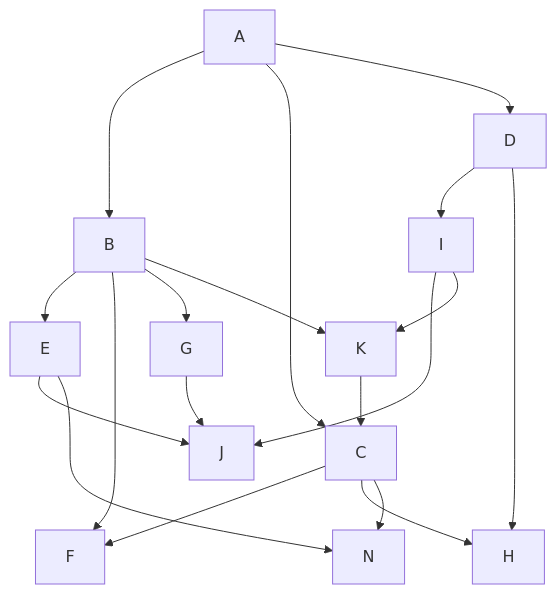
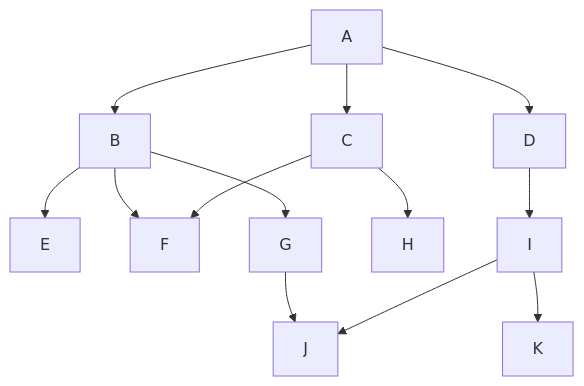
One commit to EB-wilson/EnComping changed the first of 2 diagrams in docs/zh_CN/2.类型系统/2.4.可重复组件.md. Above: the diagram before and after it, drawn with Mermaid. The commit also changed other lines of this file and 9 other files, not shown here.

````diff
--- a/docs/zh_CN/2.类型系统/2.4.可重复组件.md
+++ b/docs/zh_CN/2.类型系统/2.4.可重复组件.md
@@ -40,21 +40,15 @@
 ```mermaid
 graph TD;
     A-->B;
     A-->C;
     A-->D;
     B-->E;
     B-->F;
     B-->G;
     C-->F;
     C-->H;
     D-->I;
     G-->J;
     I-->J;
     I-->K;
-    B-->K;
-    K-->C;
-    E-->J;
-    D-->H;
-    C-->N;
-    E-->N
 ```
````
